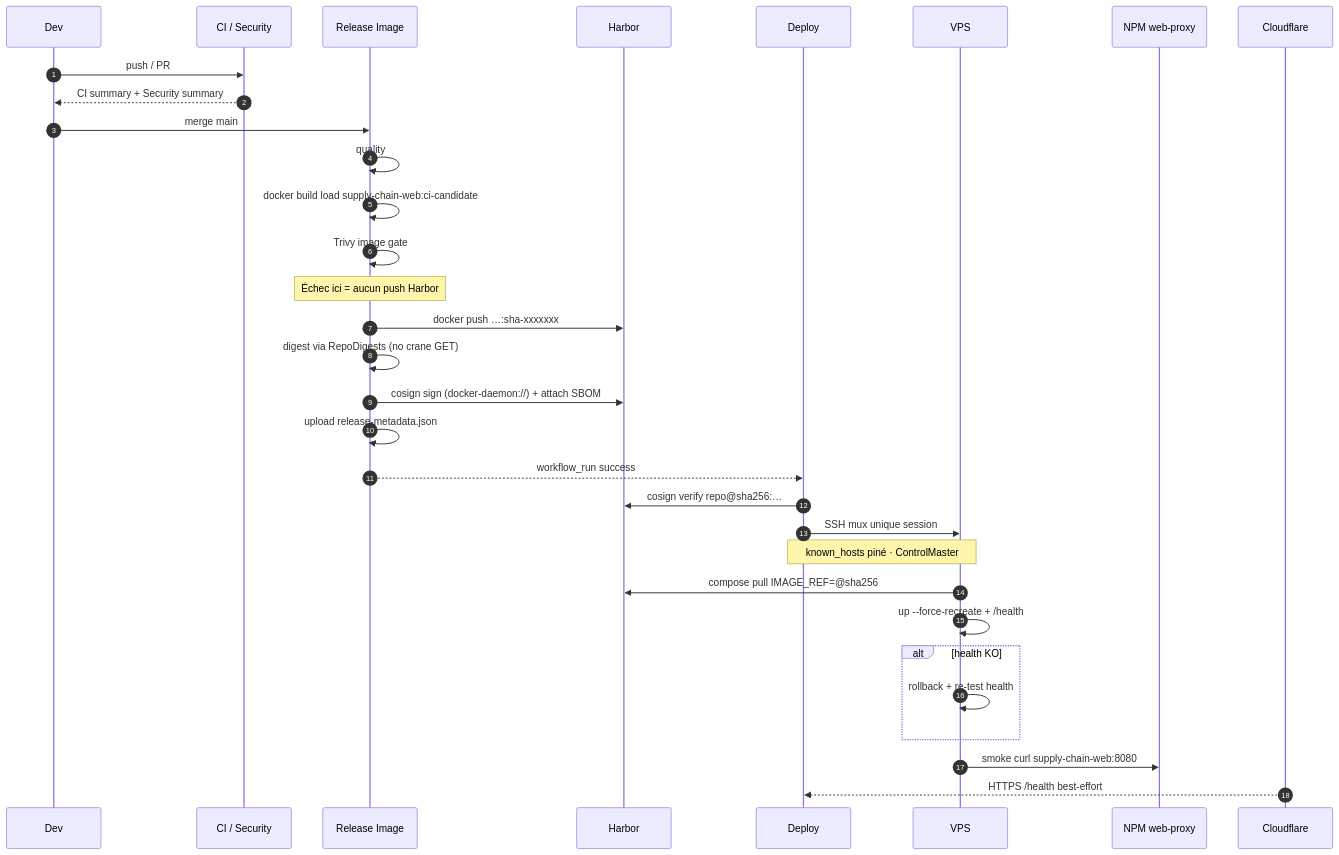
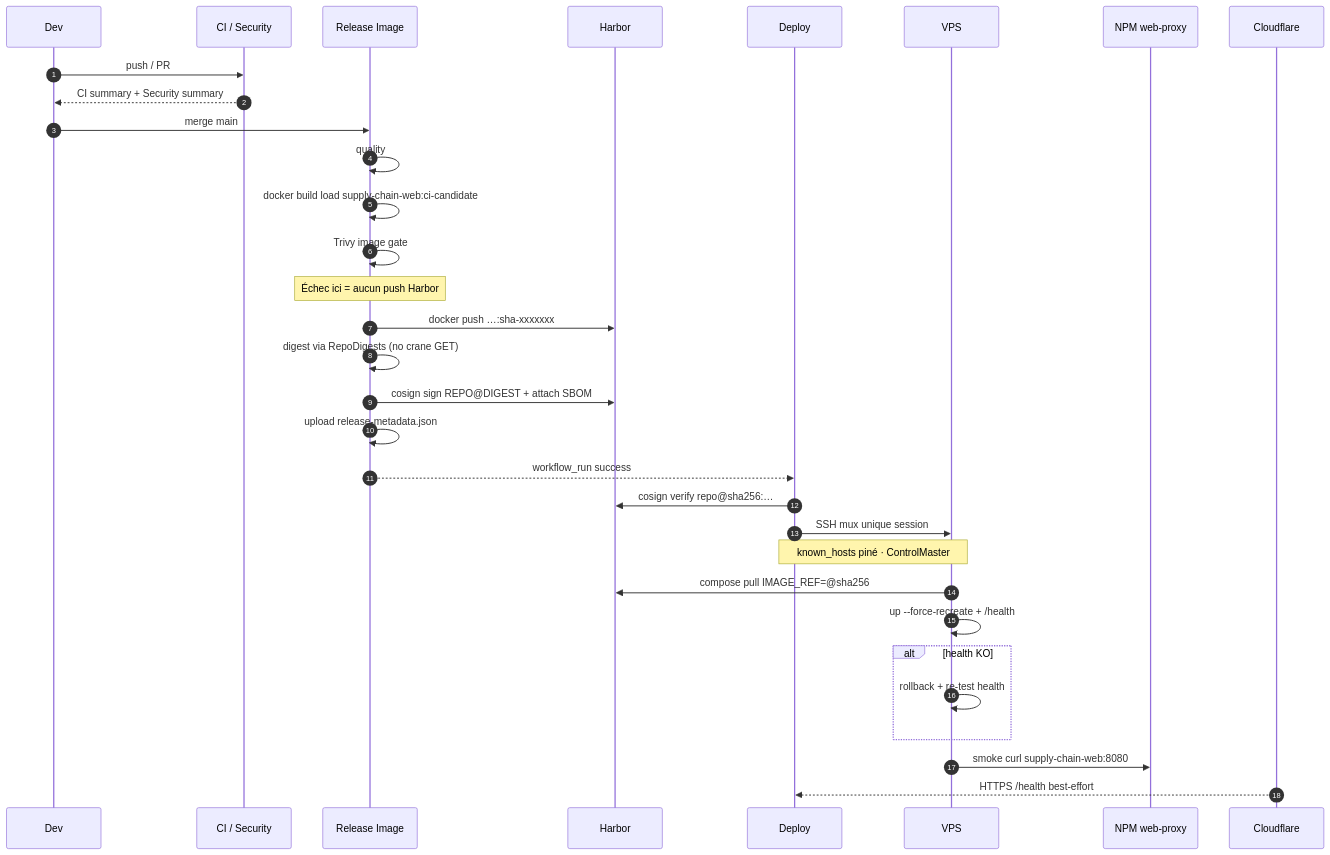
One commit to barthez-kenwou/supply-chain-pipeline changed the second of 4 diagrams in .github/README.md. Above: the diagram before and after it, drawn with Mermaid. The commit also changed other lines of this file and 1 other file, not shown here.

````diff
--- a/.github/README.md
+++ b/.github/README.md
@@ -119,37 +119,37 @@
 ```mermaid
 sequenceDiagram
   autonumber
   participant Dev as Dev
   participant CI as CI / Security
   participant Rel as Release Image
   participant Har as Harbor
   participant Dep as Deploy
   participant VPS as VPS
   participant Proxy as NPM web-proxy
   participant Edge as Cloudflare
 
   Dev->>CI: push / PR
   CI-->>Dev: CI summary + Security summary
 
   Dev->>Rel: merge main
   Rel->>Rel: quality
   Rel->>Rel: docker build load supply-chain-web:ci-candidate
   Rel->>Rel: Trivy image gate
   Note over Rel: Échec ici = aucun push Harbor
   Rel->>Har: docker push …:sha-xxxxxxx
   Rel->>Rel: digest via RepoDigests (no crane GET)
-  Rel->>Har: cosign sign (docker-daemon://) + attach SBOM
+  Rel->>Har: cosign sign REPO@DIGEST + attach SBOM
   Rel->>Rel: upload release-metadata.json
 
   Rel-->>Dep: workflow_run success
   Dep->>Har: cosign verify repo@sha256:…
   Dep->>VPS: SSH mux unique session
   Note over Dep,VPS: known_hosts piné · ControlMaster
   VPS->>Har: compose pull IMAGE_REF=@sha256
   VPS->>VPS: up --force-recreate + /health
   alt health KO
     VPS->>VPS: rollback + re-test health
   end
   VPS->>Proxy: smoke curl supply-chain-web:8080
   Edge-->>Dep: HTTPS /health best-effort
 ```
````
